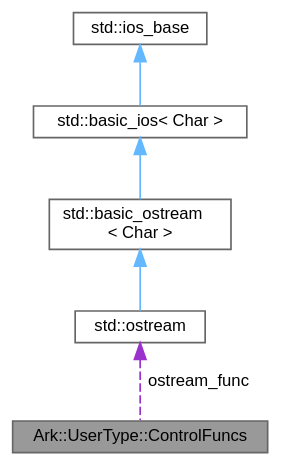
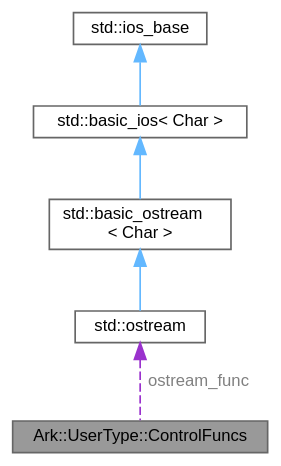
The diagram in impl/de/d9e/structArk_1_1UserType_1_1ControlFuncs__coll__graph.dot (ArkScript-lang/old-website), drawn with Graphviz before and after one commit. The commit also changed 2107 other files, not shown here.

```diff
--- a/impl/de/d9e/structArk_1_1UserType_1_1ControlFuncs__coll__graph.dot
+++ b/impl/de/d9e/structArk_1_1UserType_1_1ControlFuncs__coll__graph.dot
@@ -1,17 +1,17 @@
 digraph "Ark::UserType::ControlFuncs"
 {
  // INTERACTIVE_SVG=YES
  // LATEX_PDF_SIZE
   bgcolor="transparent";
   edge [fontname=Helvetica,fontsize=10,labelfontname=Helvetica,labelfontsize=10];
   node [fontname=Helvetica,fontsize=10,shape=box,height=0.2,width=0.4];
-  Node1 [label="Ark::UserType::ControlFuncs",height=0.2,width=0.4,color="gray40", fillcolor="grey60", style="filled", fontcolor="black",tooltip="A structure holding a bunch of pointers to different useful functions related to this usertype."];
-  Node2 -> Node1 [dir="back",color="darkorchid3",style="dashed",label=" ostream_func" ];
-  Node2 [label="std::ostream",height=0.2,width=0.4,color="gray40", fillcolor="white", style="filled",tooltip=" "];
-  Node3 -> Node2 [dir="back",color="steelblue1",style="solid"];
-  Node3 [label="std::basic_ostream\l\< Char \>",height=0.2,width=0.4,color="gray40", fillcolor="white", style="filled",tooltip=" "];
-  Node4 -> Node3 [dir="back",color="steelblue1",style="solid"];
-  Node4 [label="std::basic_ios\< Char \>",height=0.2,width=0.4,color="gray40", fillcolor="white", style="filled",tooltip=" "];
-  Node5 -> Node4 [dir="back",color="steelblue1",style="solid"];
-  Node5 [label="std::ios_base",height=0.2,width=0.4,color="gray40", fillcolor="white", style="filled",tooltip=" "];
+  Node1 [id="Node000001",label="Ark::UserType::ControlFuncs",height=0.2,width=0.4,color="gray40", fillcolor="grey60", style="filled", fontcolor="black",tooltip="A structure holding a bunch of pointers to different useful functions related to this usertype."];
+  Node2 -> Node1 [id="edge1_Node000001_Node000002",dir="back",color="darkorchid3",style="dashed",tooltip=" ",label=" ostream_func",fontcolor="grey" ];
+  Node2 [id="Node000002",label="std::ostream",height=0.2,width=0.4,color="gray40", fillcolor="white", style="filled",tooltip=" "];
+  Node3 -> Node2 [id="edge2_Node000002_Node000003",dir="back",color="steelblue1",style="solid",tooltip=" "];
+  Node3 [id="Node000003",label="std::basic_ostream\l\< Char \>",height=0.2,width=0.4,color="gray40", fillcolor="white", style="filled",tooltip=" "];
+  Node4 -> Node3 [id="edge3_Node000003_Node000004",dir="back",color="steelblue1",style="solid",tooltip=" "];
+  Node4 [id="Node000004",label="std::basic_ios\< Char \>",height=0.2,width=0.4,color="gray40", fillcolor="white", style="filled",tooltip=" "];
+  Node5 -> Node4 [id="edge4_Node000004_Node000005",dir="back",color="steelblue1",style="solid",tooltip=" "];
+  Node5 [id="Node000005",label="std::ios_base",height=0.2,width=0.4,color="gray40", fillcolor="white", style="filled",tooltip=" "];
 }
```
